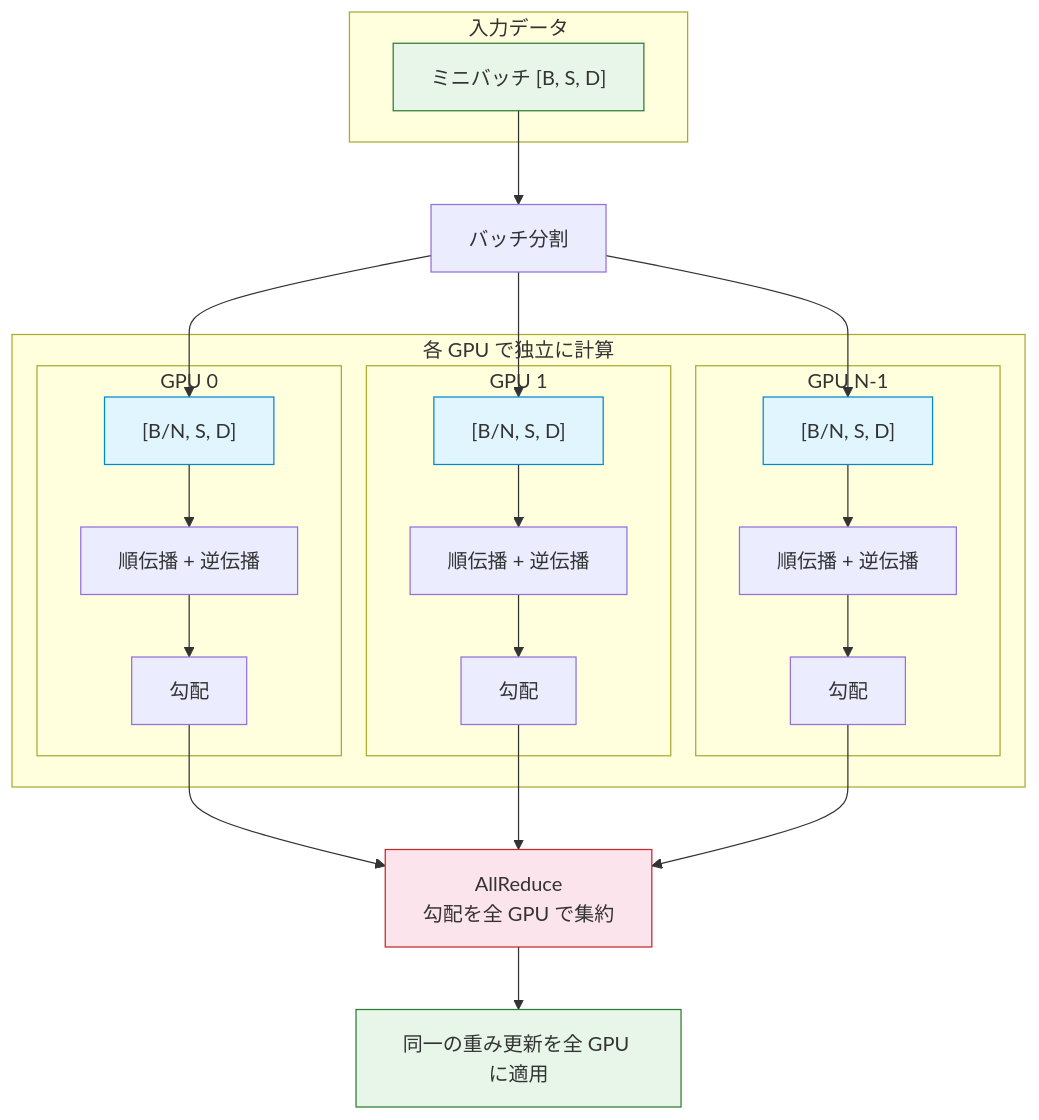
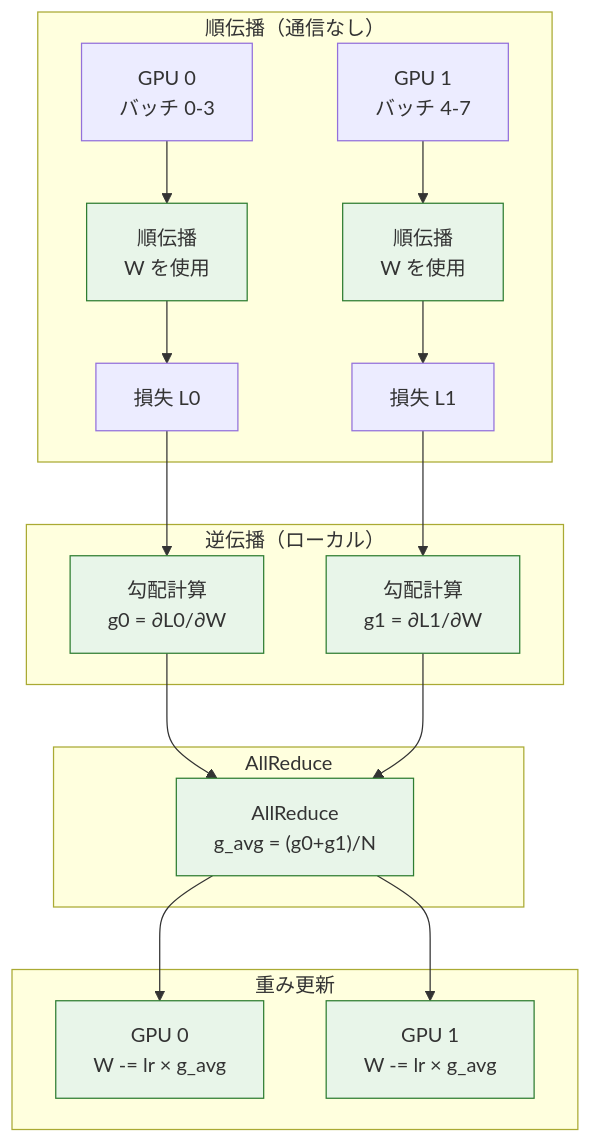
Before and after one commit to littlemex/zenn: the fourth of 19 diagrams in books/ml-distributed-experiment-collection/transformer-distributed-parallelism.md, drawn with Mermaid. The commit also changed other lines of this file, not shown here.

````diff
--- a/books/ml-distributed-experiment-collection/transformer-distributed-parallelism.md
+++ b/books/ml-distributed-experiment-collection/transformer-distributed-parallelism.md
@@ -248,43 +232,32 @@
 ```mermaid
 graph TB
-    subgraph input ["入力データ"]
-        Batch["ミニバッチ [B, S, D]"]
+    subgraph "順伝播（通信なし）"
+        B0["GPU 0<br/>バッチ 0-3"] --> F0["順伝播<br/>W を使用"]
+        B1["GPU 1<br/>バッチ 4-7"] --> F1["順伝播<br/>W を使用"]
+        F0 --> L0["損失 L0"]
+        F1 --> L1["損失 L1"]
     end
 
-    Batch --> Split["バッチ分割"]
-
-    subgraph gpus ["各 GPU で独立に計算"]
-        subgraph g0 ["GPU 0"]
-            D0["[B/N, S, D]"]
-            F0["順伝播 + 逆伝播"]
-            Grad0["勾配"]
-            D0 --> F0 --> Grad0
-        end
-        subgraph g1 ["GPU 1"]
-            D1["[B/N, S, D]"]
-            F1["順伝播 + 逆伝播"]
-            Grad1["勾配"]
-            D1 --> F1 --> Grad1
-        end
-        subgraph g2 ["GPU N-1"]
-            D2["[B/N, S, D]"]
-            F2["順伝播 + 逆伝播"]
-            Grad2["勾配"]
-            D2 --> F2 --> Grad2
-        end
+    subgraph "逆伝播（ローカル）"
+        L0 --> G0["勾配計算<br/>g0 = ∂L0/∂W"]
+        L1 --> G1["勾配計算<br/>g1 = ∂L1/∂W"]
     end
 
-    Split --> D0
-    Split --> D1
-    Split --> D2
+    subgraph "AllReduce"
+        G0 --> AR["AllReduce<br/>g_avg = (g0+g1)/N"]
+        G1 --> AR
+    end
 
-    Grad0 & Grad1 & Grad2 --> AR["AllReduce<br/>勾配を全 GPU で集約"]
-    AR --> Update["同一の重み更新を全 GPU に適用"]
+    subgraph "重み更新"
+        AR --> U0["GPU 0<br/>W -= lr × g_avg"]
+        AR --> U1["GPU 1<br/>W -= lr × g_avg"]
+    end
 
-    style Batch fill: #e8f5e9,stroke: #2e7d32
-    style AR fill: #fce4ec,stroke: #c62828
-    style Update fill: #e8f5e9,stroke: #2e7d32
-    style D0 fill: #e1f5fe,stroke: #0288d1
-    style D1 fill: #e1f5fe,stroke: #0288d1
-    style D2 fill: #e1f5fe,stroke: #0288d1
+    style F0 fill: #e8f5e9,stroke: #2e7d32
+    style F1 fill: #e8f5e9,stroke: #2e7d32
+    style G0 fill: #e8f5e9,stroke: #2e7d32
+    style G1 fill: #e8f5e9,stroke: #2e7d32
+    style AR fill: #e8f5e9,stroke: #2e7d32
+    style U0 fill: #e8f5e9,stroke: #2e7d32
+    style U1 fill: #e8f5e9,stroke: #2e7d32
 ```
````
